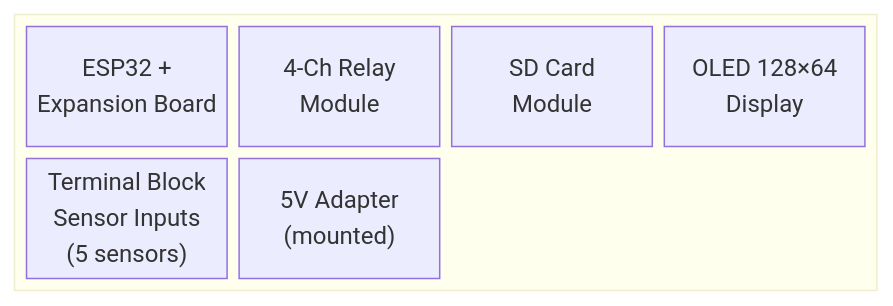
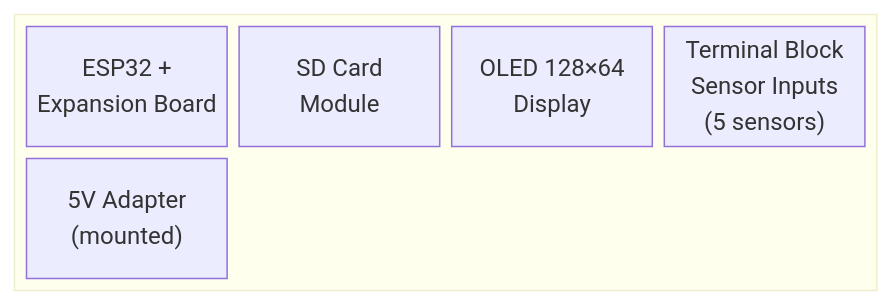
The third of 3 diagrams in docs/block-diagram.md (qppd/wmldad), drawn with Mermaid before and after one commit. The commit also changed other lines of this file and 13 other files, not shown here.

````diff
--- a/docs/block-diagram.md
+++ b/docs/block-diagram.md
@@ -226,20 +209,18 @@
 ```mermaid
 block-beta
     columns 4
     
     block:enclosure:4
         columns 4
         
         ESP32Board["ESP32 +<br/>Expansion Board"]:1
-        
-        RelayBoard["4-Ch Relay<br/>Module"]:1
         
         SDCardM["SD Card<br/>Module"]:1
         
         OLEDDisp["OLED 128×64<br/>Display"]:1
         
         Terminal["Terminal Block<br/>Sensor Inputs<br/>(5 sensors)"]:2
         
         PSU2["5V Adapter<br/>(mounted)"]:2
     end
 ```
````
